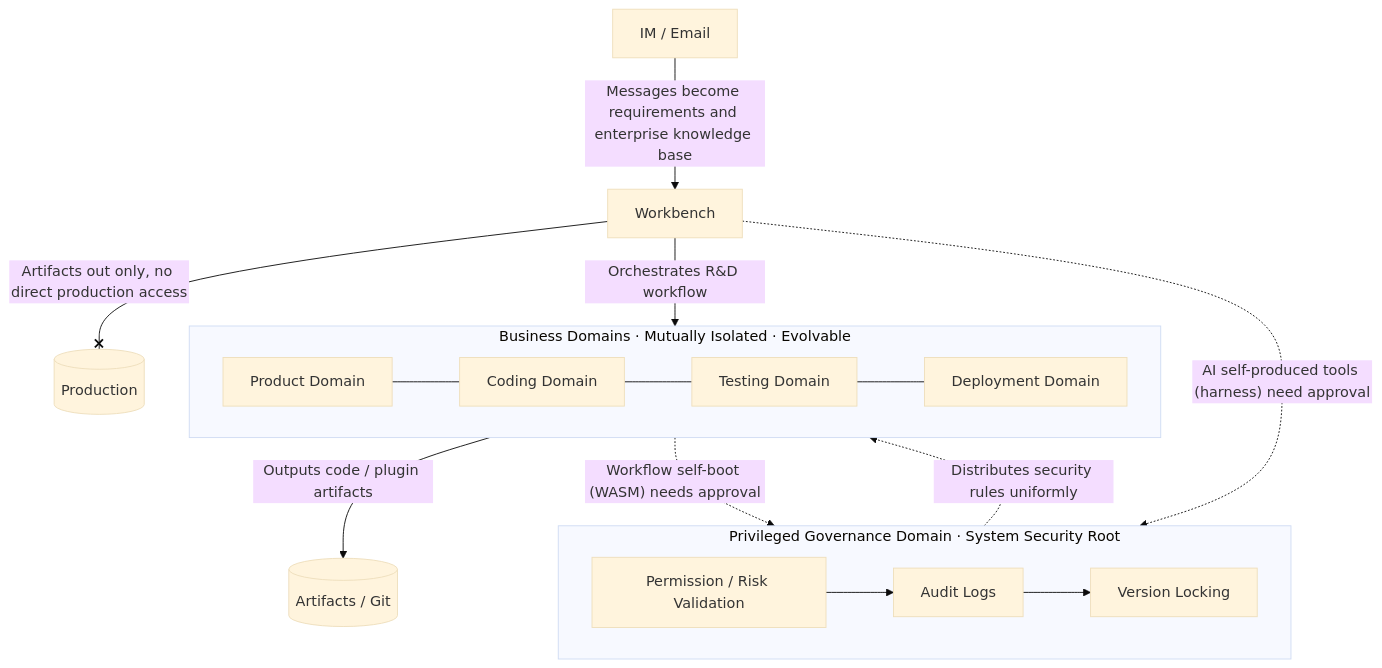
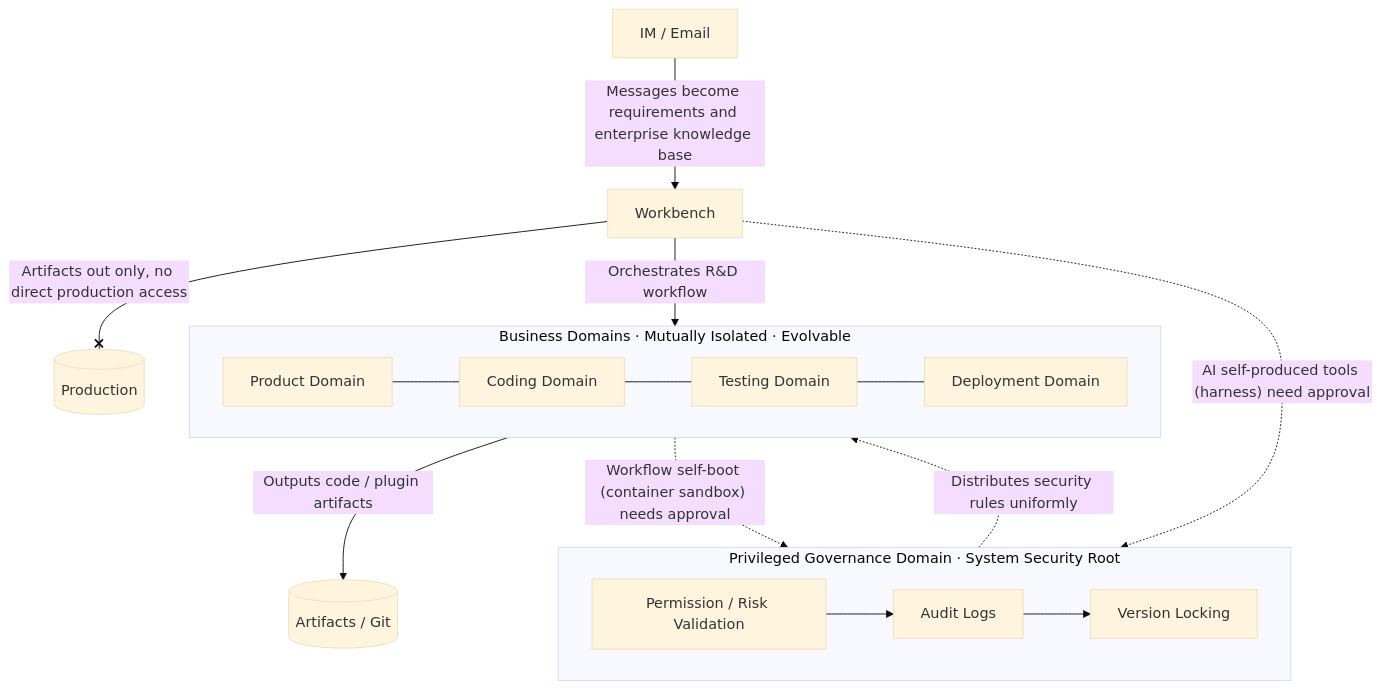
The diagram in README-en.md (CanWeakerWriteStrongCode/DolphinMind), drawn with Mermaid (base theme) before and after one commit. The commit also changed other lines of this file and 5 other files, not shown here.

````diff
--- a/README-en.md
+++ b/README-en.md
@@ -40,23 +40,23 @@
 ```mermaid
 flowchart TD
     subgraph GOV[Privileged Governance Domain · System Security Root]
         direction LR
         P[Permission / Risk Validation] --> A[Audit Logs]
         A --> L[Version Locking]
     end
 
     IM[IM / Email] -->|Messages become requirements and enterprise knowledge base| WB[Workbench]
 
     subgraph BIZ[Business Domains · Mutually Isolated · Evolvable]
         direction LR
         D1[Product Domain] --- D2[Coding Domain] --- D3[Testing Domain] --- D4[Deployment Domain]
     end
 
     WB -->|Orchestrates R&D workflow| BIZ
     BIZ -->|Outputs code / plugin artifacts| GIT[(Artifacts / Git)]
 
     WB -. AI self-produced tools (harness) need approval .-> GOV
-    BIZ -. Workflow self-boot (WASM) needs approval .-> GOV
+    BIZ -. Workflow self-boot (container sandbox) needs approval .-> GOV
     GOV -. Distributes security rules uniformly .-> BIZ
     WB --x|Artifacts out only, no direct production access| PROD[(Production)]
 ```
````
